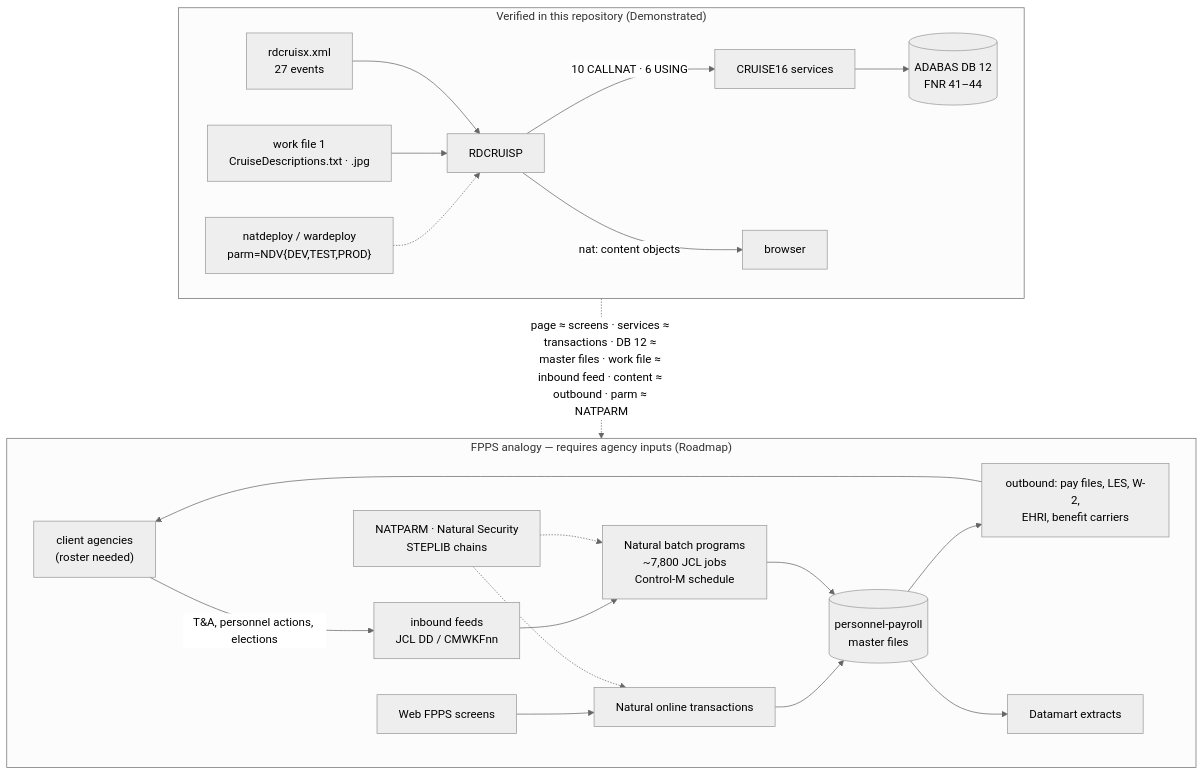
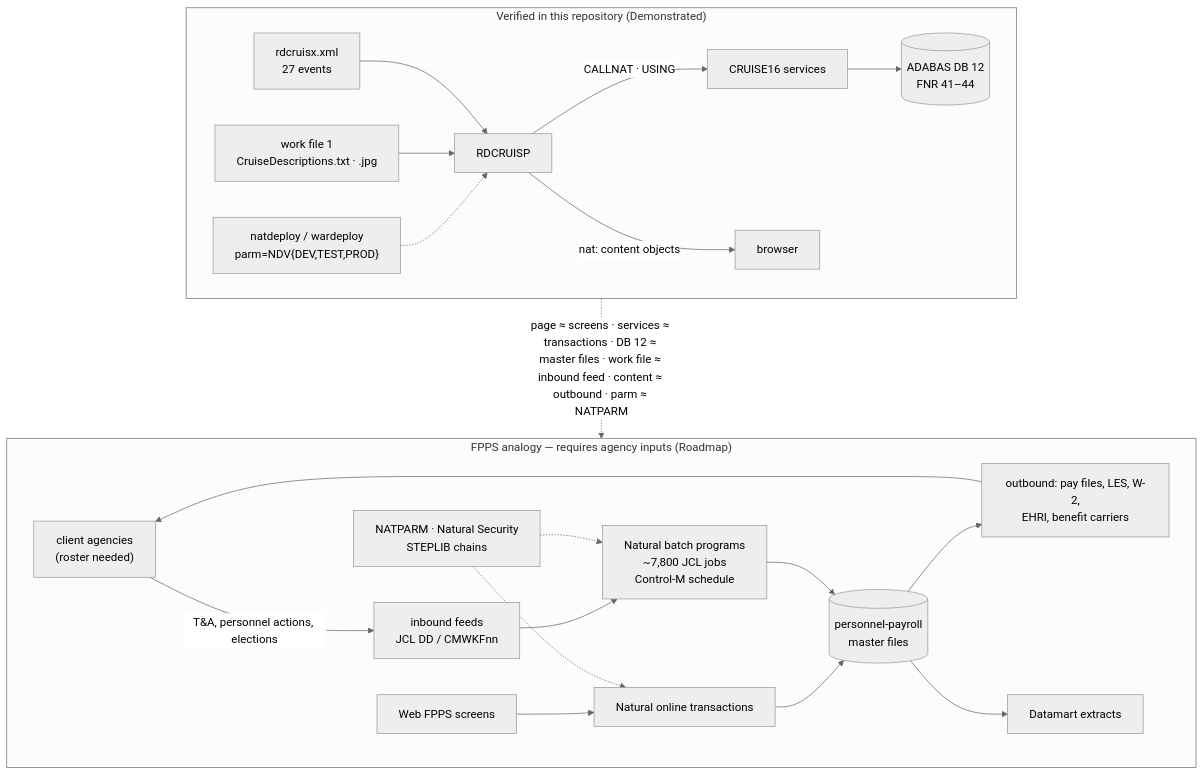
One commit to COG-GTM/ADABAS-natural-for-ajax-devops-sample-application changed the diagram in fpps-hcm-modernization-deliverable/06-interface-dependency-mapping/diagrams/fpps-interface-model.mmd. Above: the diagram before and after it, drawn with Mermaid (neutral theme). The commit also changed 3 other files, not shown here.

```diff
--- a/fpps-hcm-modernization-deliverable/06-interface-dependency-mapping/diagrams/fpps-interface-model.mmd
+++ b/fpps-hcm-modernization-deliverable/06-interface-dependency-mapping/diagrams/fpps-interface-model.mmd
@@ -1,24 +1,24 @@
 flowchart TB
   subgraph sample["Verified in this repository (Demonstrated)"]
     direction LR
     P["rdcruisx.xml<br/>27 events"] --> A["RDCRUISP"]
-    A -->|"10 CALLNAT · 6 USING"| S["CRUISE16 services"]
+    A -->|"CALLNAT · USING"| S["CRUISE16 services"]
     S --> DB[("ADABAS DB 12<br/>FNR 41–44")]
     W["work file 1<br/>CruiseDescriptions.txt · .jpg"] --> A
     A -->|"nat: content objects"| B["browser"]
     E["natdeploy / wardeploy<br/>parm=NDV{DEV,TEST,PROD}"] -.-> A
   end
   subgraph fpps["FPPS analogy — requires agency inputs (Roadmap)"]
     direction LR
     AG["client agencies<br/>(roster needed)"] -->|"T&A, personnel actions, elections"| IN["inbound feeds<br/>JCL DD / CMWKFnn"]
     IN --> BJ["Natural batch programs<br/>~7,800 JCL jobs<br/>Control-M schedule"]
     ON["Web FPPS screens"] --> TX["Natural online transactions"]
     TX --> M[("personnel-payroll<br/>master files")]
     BJ --> M
     M --> OUT["outbound: pay files, LES, W-2,<br/>EHRI, benefit carriers"]
     M --> DM["Datamart extracts"]
     OUT --> AG
     NP["NATPARM · Natural Security<br/>STEPLIB chains"] -.-> TX
     NP -.-> BJ
   end
   sample -. "page ≈ screens · services ≈ transactions · DB 12 ≈ master files · work file ≈ inbound feed · content ≈ outbound · parm ≈ NATPARM" .-> fpps
```
